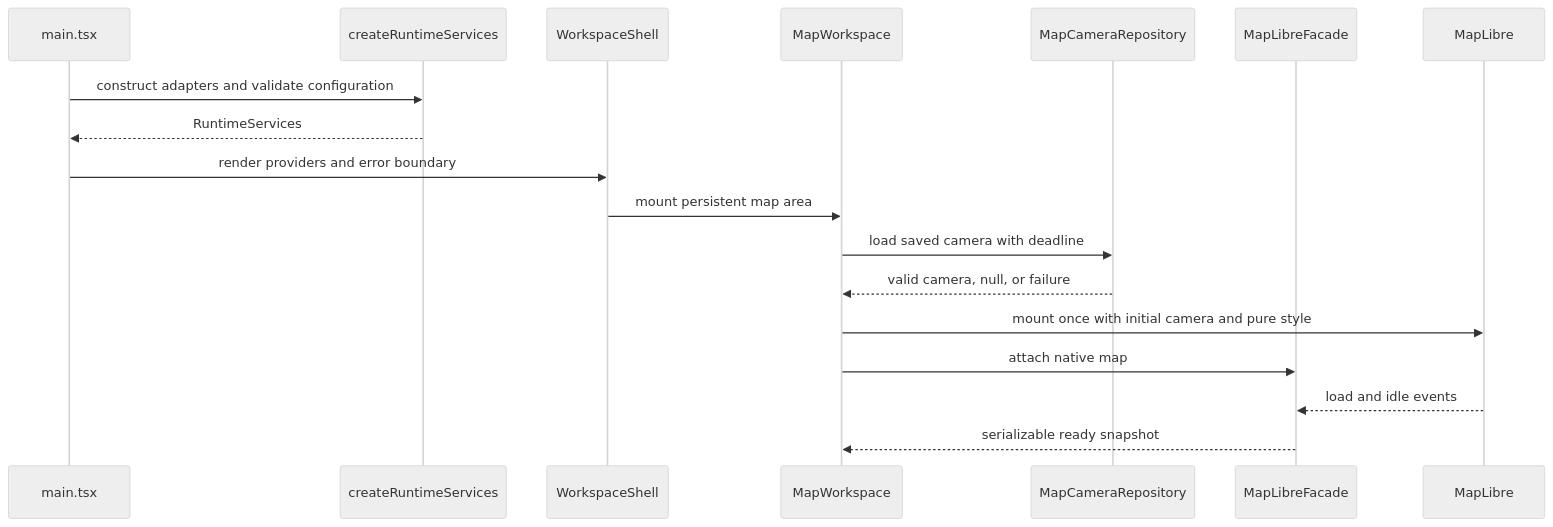
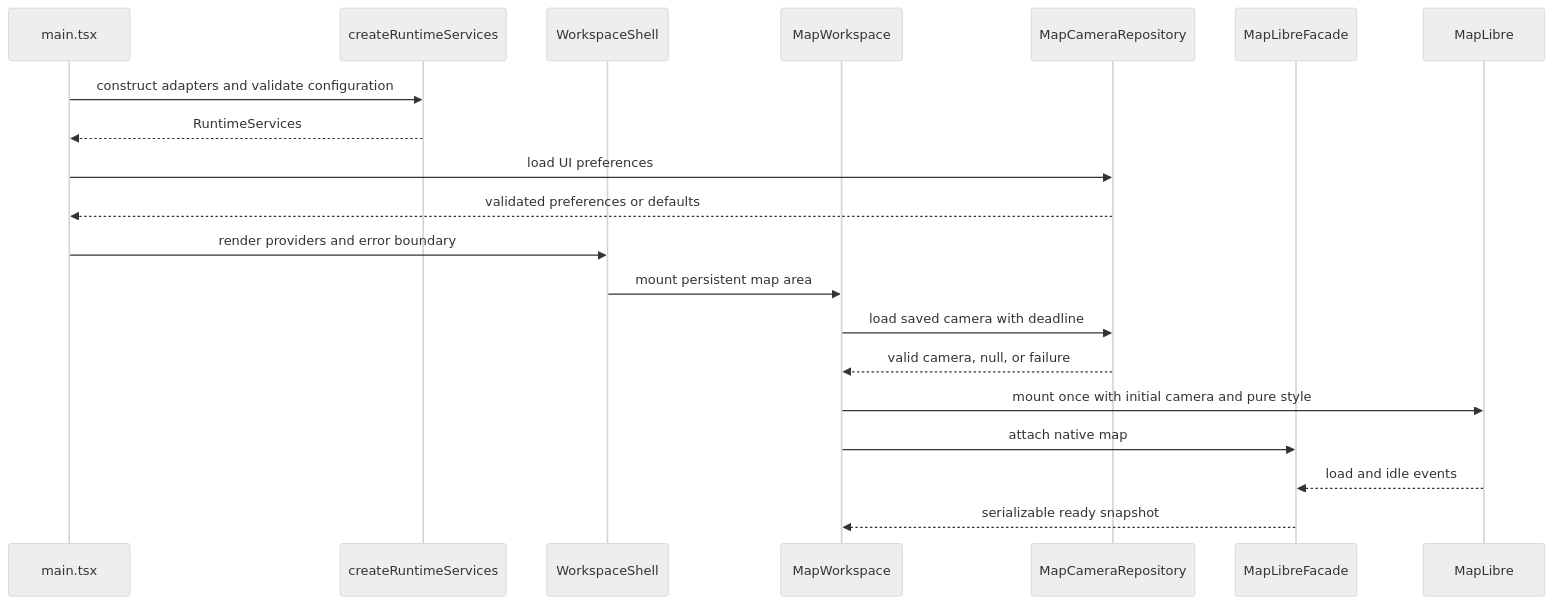
The first of 5 diagrams in docs/runtime-flows.md (bogdandm/georgia-routing-planner), drawn with Mermaid (neutral theme) before and after one commit. The commit also changed other lines of this file and 8 other files, not shown here.

````diff
--- a/docs/runtime-flows.md
+++ b/docs/runtime-flows.md
@@ -5,21 +5,23 @@
 ```mermaid
 sequenceDiagram
   participant Entry as main.tsx
   participant Root as createRuntimeServices
   participant UI as WorkspaceShell
   participant Workspace as MapWorkspace
   participant Storage as MapCameraRepository
   participant Facade as MapLibreFacade
   participant Map as MapLibre
 
   Entry->>Root: construct adapters and validate configuration
   Root-->>Entry: RuntimeServices
+  Entry->>Storage: load UI preferences
+  Storage-->>Entry: validated preferences or defaults
   Entry->>UI: render providers and error boundary
   UI->>Workspace: mount persistent map area
   Workspace->>Storage: load saved camera with deadline
   Storage-->>Workspace: valid camera, null, or failure
   Workspace->>Map: mount once with initial camera and pure style
   Workspace->>Facade: attach native map
   Map-->>Facade: load and idle events
   Facade-->>Workspace: serializable ready snapshot
 ```
````
